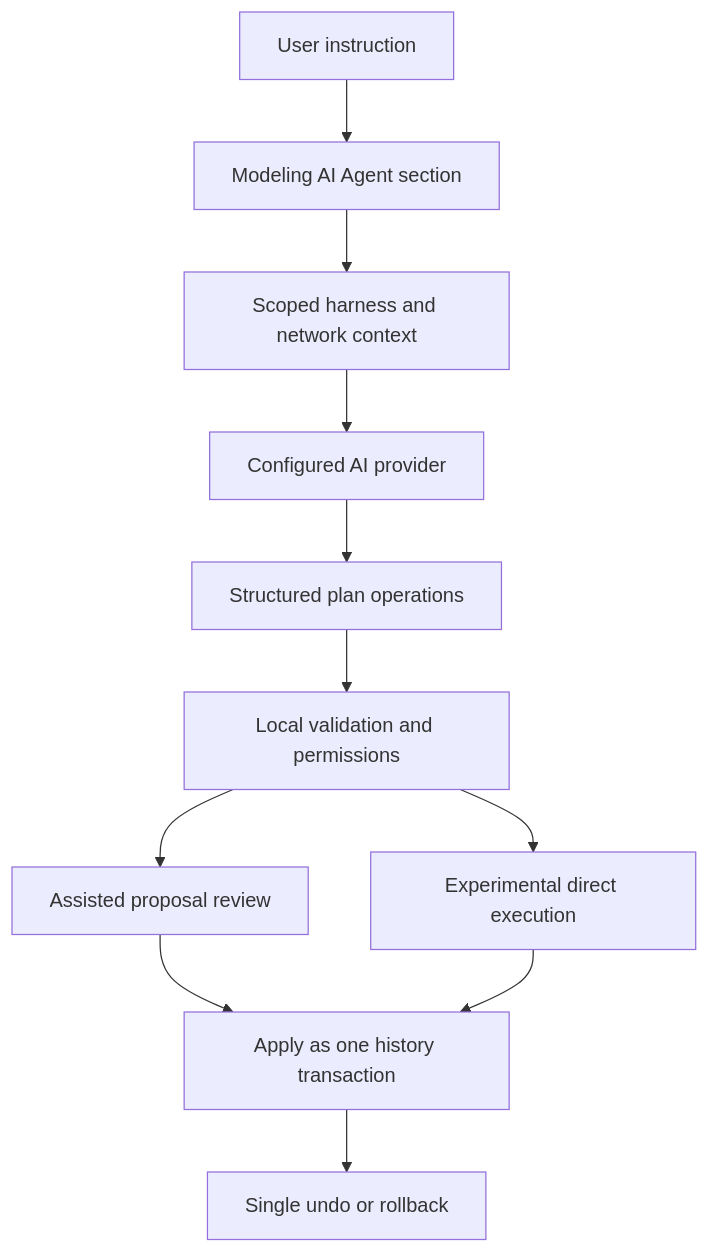
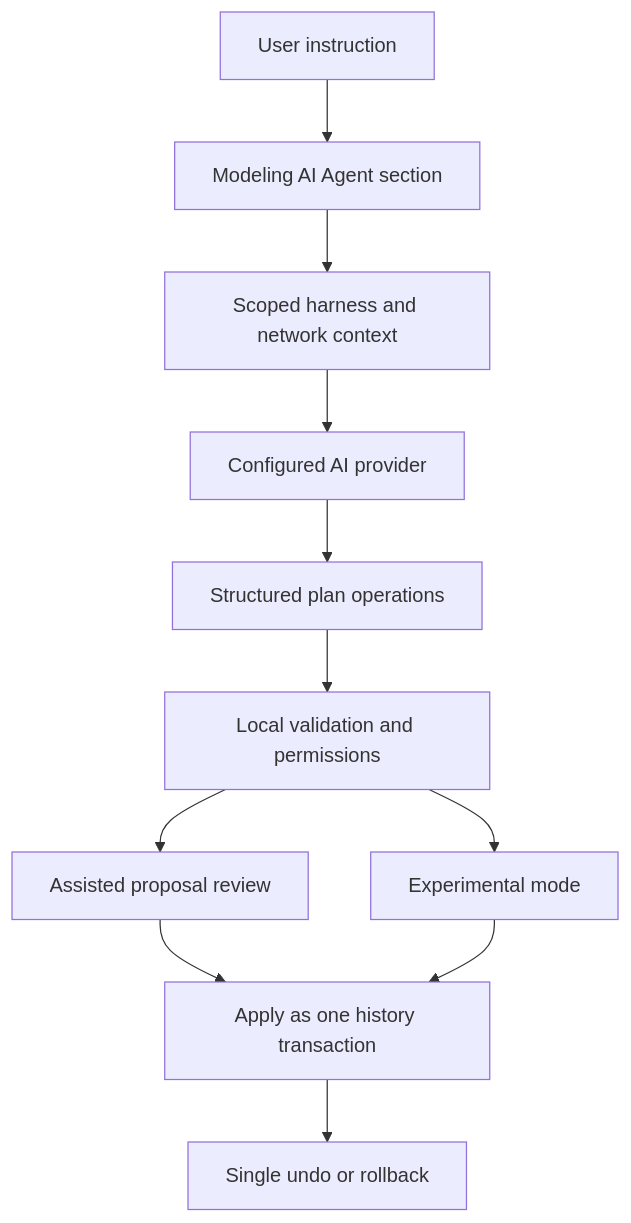
The diagram in logics/request/req_128_ai_agent_modeling_workspace.md (AlexAgo83/electrical-plan-editor), drawn with Mermaid before and after one commit. The commit also changed other lines of this file and 8 other files, not shown here.

````diff
--- a/logics/request/req_128_ai_agent_modeling_workspace.md
+++ b/logics/request/req_128_ai_agent_modeling_workspace.md
@@ -26,15 +26,15 @@
 ```mermaid
 %% logics-kind: request
 %% logics-signature: request|ai-agent-modeling-workspace|add-a-new-ai-agent-section|ac1-settings-includes-an-ai-configuratio
 flowchart TD
     User[User instruction] --> Workspace[Modeling AI Agent section]
     Workspace --> Context[Scoped harness and network context]
     Context --> Provider[Configured AI provider]
     Provider --> Ops[Structured plan operations]
     Ops --> Validate[Local validation and permissions]
     Validate --> Assisted[Assisted proposal review]
-    Validate --> Experimental[Experimental direct execution]
+    Validate --> Experimental[Experimental mode]
     Assisted --> Apply[Apply as one history transaction]
     Experimental --> Apply
     Apply --> Undo[Single undo or rollback]
 ```
````
